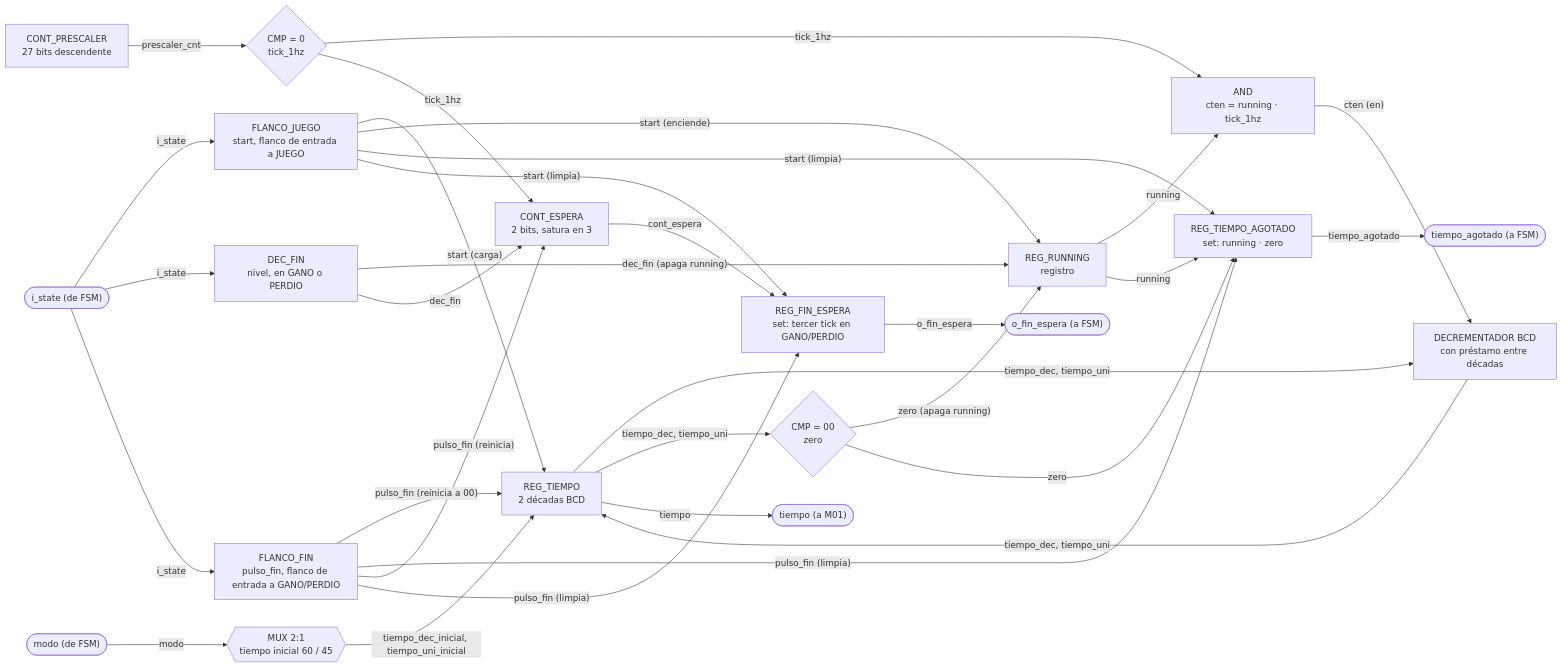
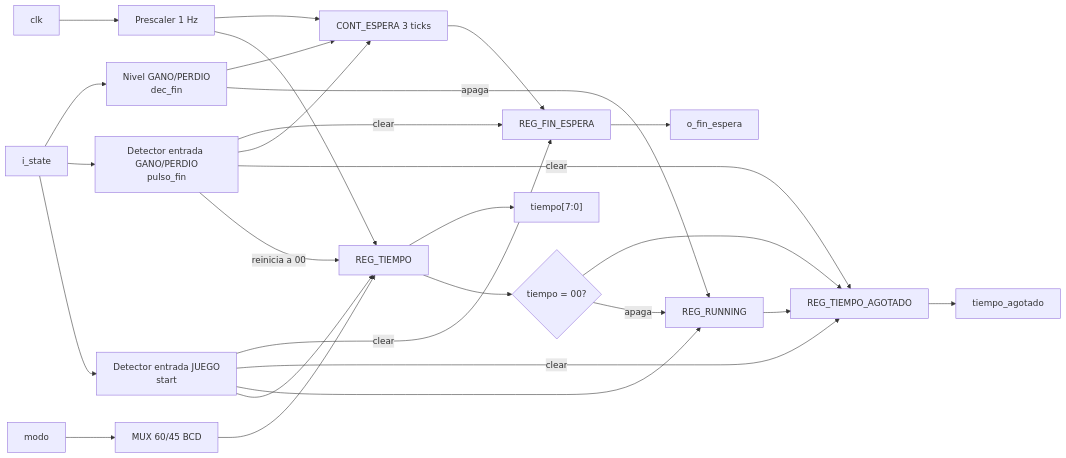
The seventh of 27 diagrams in docs/diseño/diseño.md (Taller-de-diseno-digital-GR01/Proyecto-2-Ahorcado), drawn with Mermaid before and after one commit. The commit also changed other lines of this file, not shown here.

Commit message:
Cambio final a diseño.md para que todo sea concordante con la arquitectura actual

````diff
--- a/docs/diseño/diseño.md
+++ b/docs/diseño/diseño.md
@@ -583,33 +421,35 @@
 ```mermaid
 flowchart LR
-    IN_STATE(["i_state (de FSM)"]) -->|i_state| DECJ["FLANCO_JUEGO<br/>start, flanco de entrada a JUEGO"]
-    IN_STATE -->|i_state| DECFN["DEC_FIN<br/>nivel, en GANO o PERDIO"]
-    IN_STATE -->|i_state| DECF["FLANCO_FIN<br/>pulso_fin, flanco de entrada a GANO/PERDIO"]
-    DECJ -->|"start (carga)"| REG_T["REG_TIEMPO<br/>2 décadas BCD"]
-    DECJ -->|"start (enciende)"| REG_RUN["REG_RUNNING<br/>registro"]
-    DECFN -->|"dec_fin (apaga running)"| REG_RUN
-    DECF -->|"pulso_fin (reinicia a 00)"| REG_T
-    IN_MODO(["modo (de FSM)"]) -->|modo| MUX1{{"MUX 2:1<br/>tiempo inicial 60 / 45"}}
-    MUX1 -->|"tiempo_dec_inicial, tiempo_uni_inicial"| REG_T
-    CNT_PRE["CONT_PRESCALER<br/>27 bits descendente"] -->|prescaler_cnt| CMP0{"CMP = 0<br/>tick_1hz"}
-    CMP0 -->|tick_1hz| AND_EN["AND<br/>cten = running · tick_1hz"]
-    REG_RUN -->|running| AND_EN
-    AND_EN -->|"cten (en)"| SUB1["DECREMENTADOR BCD<br/>con préstamo entre décadas"]
-    REG_T -->|"tiempo_dec, tiempo_uni"| SUB1
-    SUB1 -->|"tiempo_dec, tiempo_uni"| REG_T
-    REG_T -->|"tiempo_dec, tiempo_uni"| CMP2{"CMP = 00<br/>zero"}
-    CMP2 -->|"zero (apaga running)"| REG_RUN
-    CMP2 -->|zero| REG_TA["REG_TIEMPO_AGOTADO<br/>set: running · zero"]
-    REG_RUN -->|running| REG_TA
-    DECJ -->|"start (limpia)"| REG_TA
-    DECF -->|"pulso_fin (limpia)"| REG_TA
-    REG_TA -->|tiempo_agotado| OUT_FIN(["tiempo_agotado (a FSM)"])
-    REG_T -->|tiempo| OUT_TIME(["tiempo (a M01)"])
-    DECF -->|"pulso_fin (reinicia)"| CNT_ESPERA["CONT_ESPERA<br/>2 bits, satura en 3"]
-    DECFN -->|dec_fin| CNT_ESPERA
-    CMP0 -->|tick_1hz| CNT_ESPERA
-    CNT_ESPERA -->|cont_espera| REG_FE["REG_FIN_ESPERA<br/>set: tercer tick en GANO/PERDIO"]
-    DECJ -->|"start (limpia)"| REG_FE
-    DECF -->|"pulso_fin (limpia)"| REG_FE
-    REG_FE -->|o_fin_espera| OUT_ESPERA(["o_fin_espera (a FSM)"])
+    M["modo"] --> MUX["MUX 60/45 BCD"]
+    ST["i_state"] --> EJ["Detector entrada JUEGO<br/>start"]
+    ST --> EF["Detector entrada GANO/PERDIO<br/>pulso_fin"]
+    ST --> NF["Nivel GANO/PERDIO<br/>dec_fin"]
+
+    EJ --> REGT["REG_TIEMPO"]
+    MUX --> REGT
+    EF -->|"reinicia a 00"| REGT
+
+    CLK["clk"] --> PRE["Prescaler 1 Hz"]
+    PRE --> REGT
+    REGT --> ZERO{"tiempo = 00?"}
+
+    EJ --> RUN["REG_RUNNING"]
+    NF -->|"apaga"| RUN
+    ZERO -->|"apaga"| RUN
+
+    ZERO --> TA["REG_TIEMPO_AGOTADO"]
+    RUN --> TA
+    EJ -->|"clear"| TA
+    EF -->|"clear"| TA
+
+    EF --> CE["CONT_ESPERA 3 ticks"]
+    NF --> CE
+    PRE --> CE
+    CE --> FE["REG_FIN_ESPERA"]
+    EJ -->|"clear"| FE
+    EF -->|"clear"| FE
+
+    REGT --> T["tiempo[7:0]"]
+    TA --> OUTTA["tiempo_agotado"]
+    FE --> OUTFE["o_fin_espera"]
 ```
````
